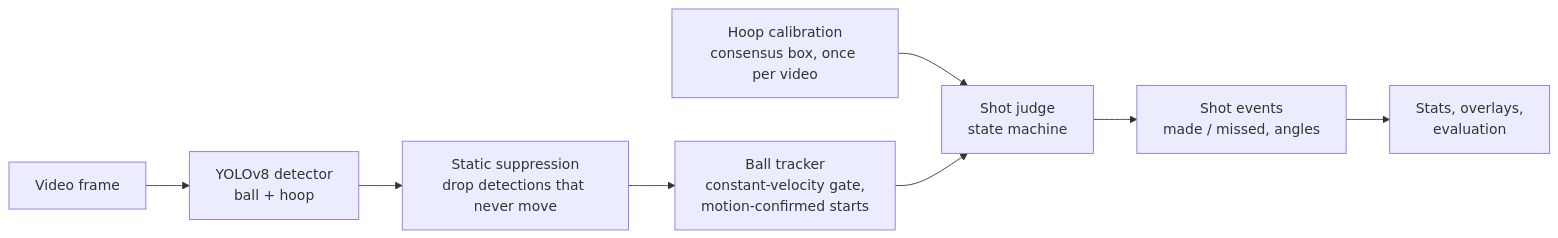
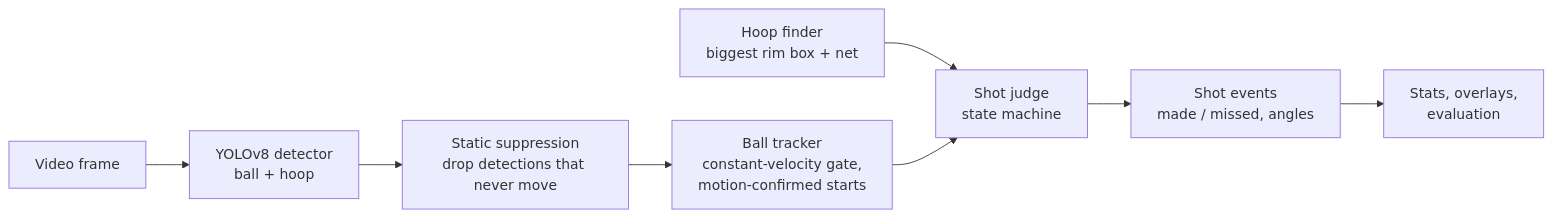
Before and after one commit to NathanielRecto/Basketball-Shot-Tracker: the diagram in README.md, drawn with Mermaid. The commit also changed other lines of this file and 1 other file, not shown here.

````diff
--- a/README.md
+++ b/README.md
@@ -108,10 +112,10 @@
 ```mermaid
 flowchart LR
     V[Video frame] --> D[YOLOv8 detector<br/>ball + hoop]
     D --> S[Static suppression<br/>drop detections that never move]
     S --> T[Ball tracker<br/>constant-velocity gate,<br/>motion-confirmed starts]
-    H[Hoop calibration<br/>consensus box, once per video] --> J
+    H[Hoop finder<br/>biggest rim box + net] --> J
     T --> J[Shot judge<br/>state machine]
     J --> E[Shot events<br/>made / missed, angles]
     E --> R[Stats, overlays,<br/>evaluation]
 ```
````
